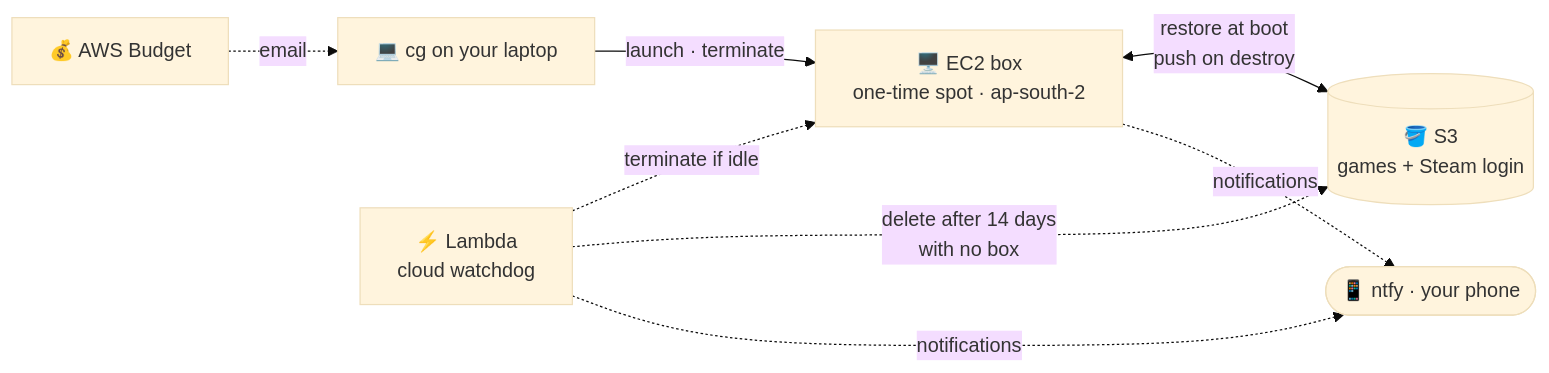
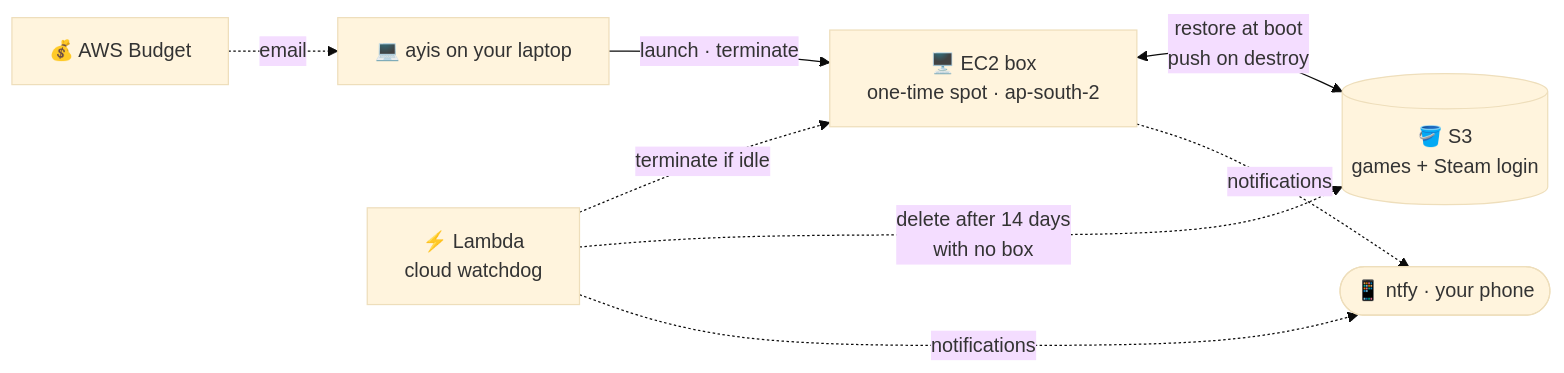
The second of 9 diagrams in docs/architecture.md (jebin2/aws_cloud_gaming), drawn with Mermaid (base theme) before and after one commit. The commit also changed other lines of this file and 334 other files, not shown here.

````diff
--- a/docs/architecture.md
+++ b/docs/architecture.md
@@ -37,17 +37,17 @@
 ```mermaid
 flowchart LR
-  cg["💻 cg on your laptop"]
+  ayis["💻 ayis on your laptop"]
   ec2["🖥️ EC2 box<br/>one-time spot · ap-south-2"]
   s3[("🪣 S3<br/>games + Steam login")]
   bud["💰 AWS Budget"]
   lam["⚡ Lambda<br/>cloud watchdog"]
 
-  cg -->|"launch · terminate"| ec2
+  ayis -->|"launch · terminate"| ec2
   ec2 <-->|"restore at boot<br/>push on destroy"| s3
   lam -.->|"terminate if idle"| ec2
   lam -.->|"delete after 14 days<br/>with no box"| s3
-  bud -.->|"email"| cg
+  bud -.->|"email"| ayis
   ntfy(["📱 ntfy · your phone"])
   lam -.->|"notifications"| ntfy
   ec2 -.->|"notifications"| ntfy
 ```
````
